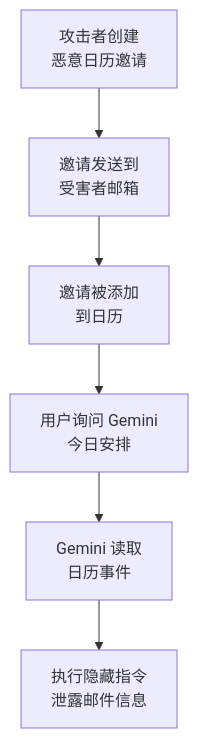
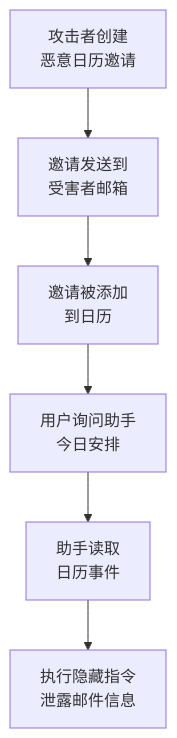
The second of 4 diagrams in 04_prompt_injection/4.4_case_studies.md (yeasy/ai_security_guide), drawn with Mermaid before and after one commit. The commit also changed other lines of this file and 66 other files, not shown here.

````diff
--- a/04_prompt_injection/4.4_case_studies.md
+++ b/04_prompt_injection/4.4_case_studies.md
@@ -76,8 +77,8 @@
 ```mermaid
 flowchart TB
     A["攻击者创建<br/>恶意日历邀请"] --> B["邀请发送到<br/>受害者邮箱"]
     B --> C["邀请被添加<br/>到日历"]
-    C --> D["用户询问 Gemini<br/>今日安排"]
-    D --> E["Gemini 读取<br/>日历事件"]
+    C --> D["用户询问助手<br/>今日安排"]
+    D --> E["助手读取<br/>日历事件"]
     E --> F["执行隐藏指令<br/>泄露邮件信息"]
 ```
````
